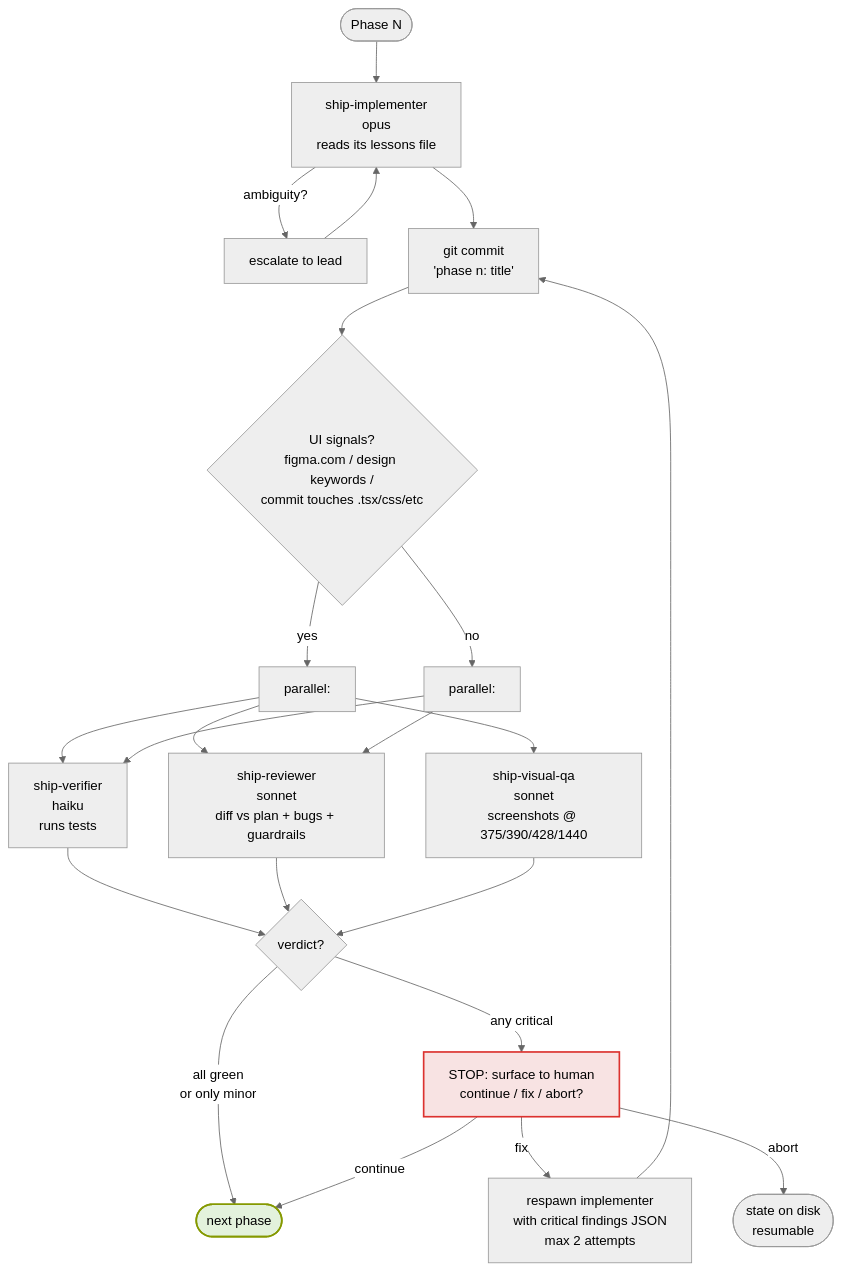
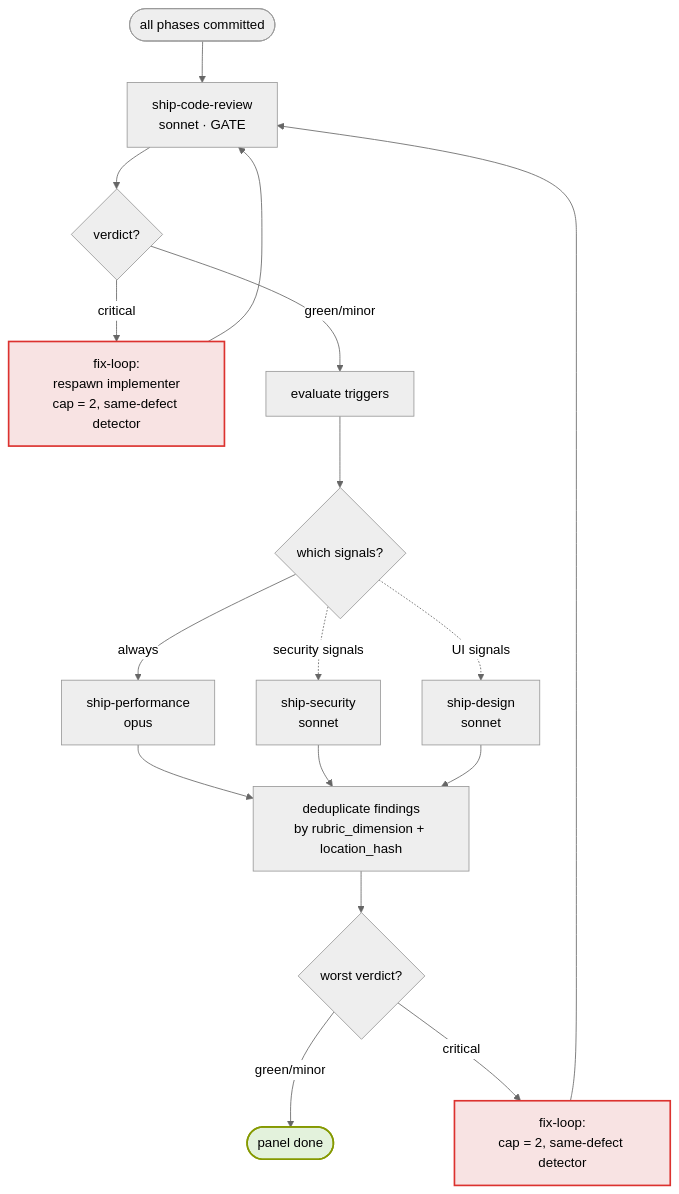
One commit to aliaksei-loi/ship changed the third of 4 diagrams in ARCHITECTURE.md. Above: the diagram before and after it, drawn with Mermaid (neutral theme). The commit also changed other lines of this file and 13 other files, not shown here.

````diff
--- a/ARCHITECTURE.md
+++ b/ARCHITECTURE.md
@@ -102,33 +117,24 @@
 ```mermaid
 flowchart TD
-    Start([Phase N]) --> Imp[ship-implementer<br/>opus<br/>reads its lessons file]
-    Imp -->|ambiguity?| Esc[escalate to lead]
-    Esc --> Imp
-    Imp --> Commit[git commit<br/>'phase n: title']
-    Commit --> Sig{UI signals?<br/>figma.com / design keywords /<br/>commit touches .tsx/css/etc}
-    Sig -->|yes| Trio[parallel:]
-    Sig -->|no| Duo[parallel:]
+    Start([all phases committed]) --> Gate[ship-code-review<br/>sonnet  ·  GATE]
+    Gate --> GateV{verdict?}
+    GateV -->|critical| GFix[fix-loop:<br/>respawn implementer<br/>cap = 2, same-defect detector]:::stop
+    GFix --> Gate
+    GateV -->|green/minor| TriggerEval[evaluate triggers]
+    TriggerEval --> Triggers{which signals?}
+    Triggers -->|always| Perf[ship-performance<br/>opus]
+    Triggers -.security signals.-> Sec[ship-security<br/>sonnet]
+    Triggers -.UI signals.-> Des[ship-design<br/>sonnet]
 
-    Trio --> Ver[ship-verifier<br/>haiku<br/>runs tests]
-    Trio --> Rev[ship-reviewer<br/>sonnet<br/>diff vs plan + bugs + guardrails]
-    Trio --> Vis[ship-visual-qa<br/>sonnet<br/>screenshots @ 375/390/428/1440]
-
-    Duo --> Ver
-    Duo --> Rev
-
-    Ver --> Verdict{verdict?}
-    Rev --> Verdict
-    Vis --> Verdict
-
-    Verdict -->|all green<br/>or only minor| Next([next phase])
-    Verdict -->|any critical| Stop[STOP: surface to human<br/>continue / fix / abort?]
-    Stop -->|fix| FixLoop[respawn implementer<br/>with critical findings JSON<br/>max 2 attempts]
-    FixLoop --> Commit
-    Stop -->|abort| AbortEnd([state on disk<br/>resumable])
-    Stop -->|continue| Next
+    Perf --> Aggr
+    Sec --> Aggr
+    Des --> Aggr[deduplicate findings<br/>by rubric_dimension + location_hash]
+    Aggr --> AVerdict{worst verdict?}
+    AVerdict -->|green/minor| Done([panel done])
+    AVerdict -->|critical| AFix[fix-loop:<br/>cap = 2, same-defect detector]:::stop
+    AFix --> Gate
 
     classDef stop fill:#f8e3e3,stroke:#dc322f,stroke-width:2px
     classDef green fill:#e3f2dc,stroke:#859900,stroke-width:2px
-    class Stop stop
-    class Next green
+    class Done green
 ```
````
